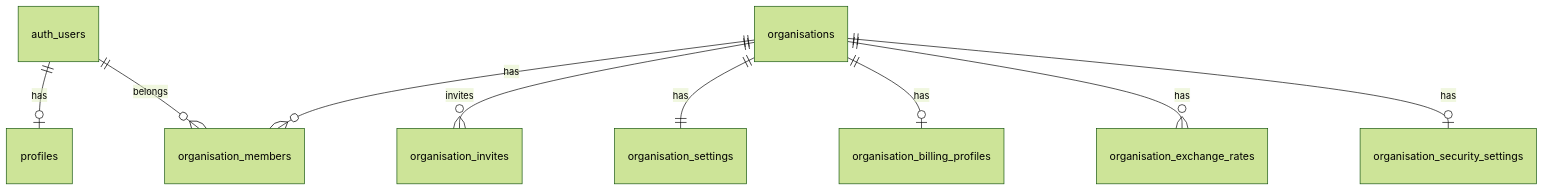
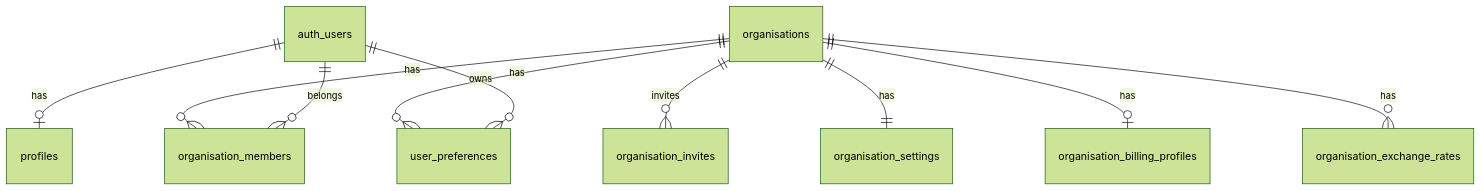
One commit to finners68/operateapp changed the first of 9 diagrams in docs/database/schema-erd.md. Above: the diagram before and after it, drawn with Mermaid (forest theme). The commit also changed other lines of this file and 2 other files, not shown here.

First line of the commit message:
Revise database schema to revision 2 per design review.

````diff
--- a/docs/database/schema-erd.md
+++ b/docs/database/schema-erd.md
@@ -9,11 +9,12 @@
 ```mermaid
 erDiagram
-  auth_users ||--o| profiles : "has"
-  organisations ||--o{ organisation_members : "has"
-  auth_users ||--o{ organisation_members : "belongs"
-  organisations ||--o{ organisation_invites : "invites"
-  organisations ||--|| organisation_settings : "has"
-  organisations ||--o| organisation_billing_profiles : "has"
-  organisations ||--o{ organisation_exchange_rates : "has"
-  organisations ||--o| organisation_security_settings : "has"
+  auth_users ||--o| profiles : has
+  organisations ||--o{ organisation_members : has
+  auth_users ||--o{ organisation_members : belongs
+  organisations ||--o{ organisation_invites : invites
+  organisations ||--|| organisation_settings : has
+  organisations ||--o| organisation_billing_profiles : has
+  organisations ||--o{ organisation_exchange_rates : has
+  organisations ||--o{ user_preferences : has
+  auth_users ||--o{ user_preferences : owns
 ```
````
